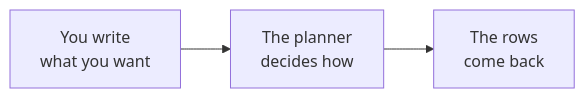
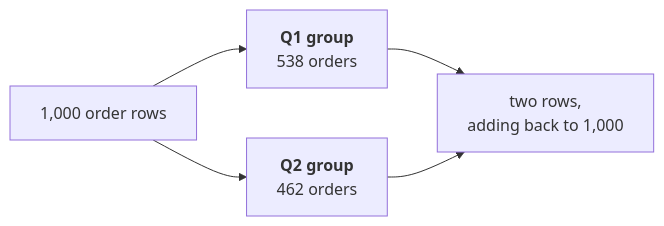
Before and after one commit to fde-academy-lab/c2-content-factory: diagram 13 of 23 in content/W02/D1/slides/C2_W02_D01_half1_STUDENT.md, drawn with Mermaid. The commit also changed other lines of this file and 3 other files, not shown here.

````diff
--- a/content/W02/D1/slides/C2_W02_D01_half1_STUDENT.md
+++ b/content/W02/D1/slides/C2_W02_D01_half1_STUDENT.md
@@ -102,5 +505,7 @@
 ```mermaid
 flowchart LR
-    A["You write<br/>what you want"] --> B["The planner<br/>decides how"]
-    B --> C["The rows<br/>come back"]
+    T["1,000 order rows"] --> G1["<b>Q1 group</b><br/>538 orders"]
+    T --> G2["<b>Q2 group</b><br/>462 orders"]
+    G1 --> S["two rows,<br/>adding back to 1,000"]
+    G2 --> S
 ```
````
